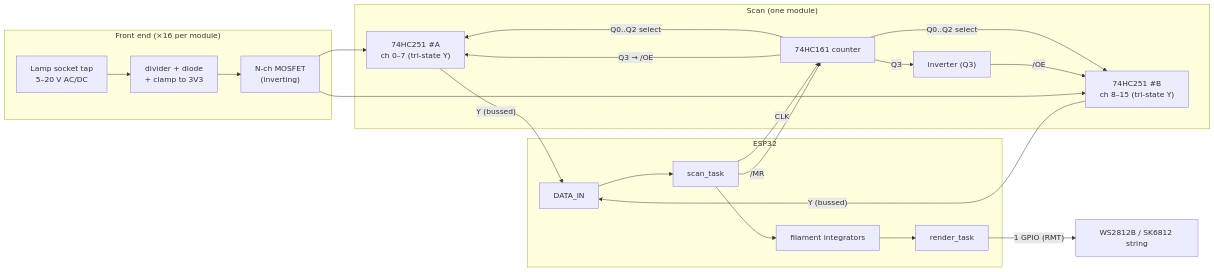
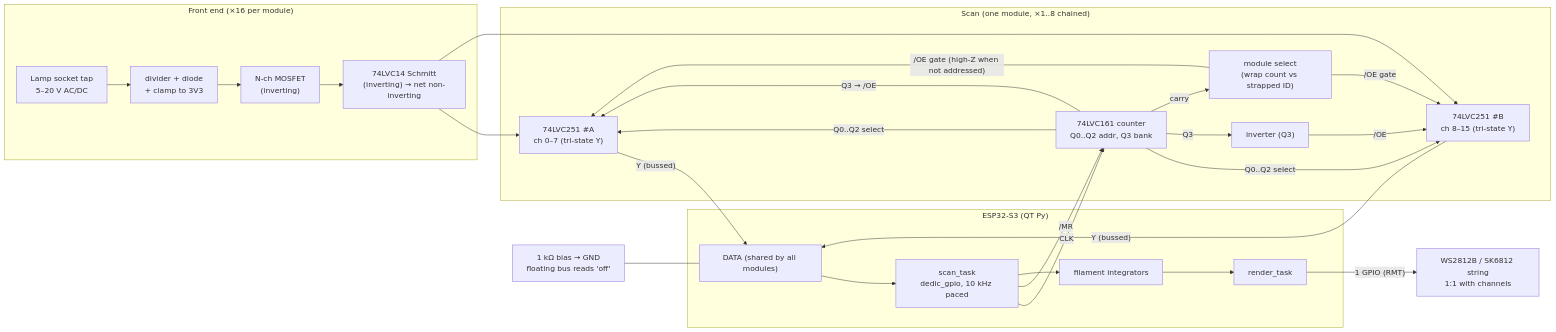
The diagram in docs/HARDWARE.md (jeffersonjhunt/pinled), drawn with Mermaid before and after one commit. The commit also changed other lines of this file and 7 other files, not shown here.

First line of the commit message:
plan chained-module architecture: timing budgets, S3 retarget, polarity flip

````diff
--- a/docs/HARDWARE.md
+++ b/docs/HARDWARE.md
@@ -9,33 +9,39 @@
 ```mermaid
 flowchart LR
     subgraph FE["Front end (×16 per module)"]
       TAP["Lamp socket tap<br/>5–20 V AC/DC"] --> DIV["divider + diode<br/>+ clamp to 3V3"]
       DIV --> FET["N-ch MOSFET<br/>(inverting)"]
+      FET --> ST["74LVC14 Schmitt<br/>(inverting) → net non-inverting"]
     end
 
-    subgraph MUX["Scan (one module)"]
-      A["74HC251 #A<br/>ch 0–7 (tri-state Y)"]
-      B["74HC251 #B<br/>ch 8–15 (tri-state Y)"]
-      C161["74HC161 counter"]
+    subgraph MUX["Scan (one module, ×1..8 chained)"]
+      A["74LVC251 #A<br/>ch 0–7 (tri-state Y)"]
+      B["74LVC251 #B<br/>ch 8–15 (tri-state Y)"]
+      C161["74LVC161 counter<br/>Q0..Q2 addr, Q3 bank"]
       INV["inverter (Q3)"]
+      SEL["module select<br/>(wrap count vs strapped ID)"]
       C161 -- "Q0..Q2 select" --> A
       C161 -- "Q0..Q2 select" --> B
       C161 -- "Q3 → /OE" --> A
       C161 -- "Q3" --> INV -- "/OE" --> B
+      C161 -- "carry" --> SEL
+      SEL -- "/OE gate (high-Z when not addressed)" --> A
+      SEL -- "/OE gate" --> B
     end
 
-    FET --> A
-    FET --> B
-    A -- "Y (bussed)" --> DATA["DATA_IN"]
+    ST --> A
+    ST --> B
+    A -- "Y (bussed)" --> DATA["DATA (shared by all modules)"]
     B -- "Y (bussed)" --> DATA
+    BIAS["1 kΩ bias → GND<br/>floating bus reads 'off'"] --- DATA
 
-    subgraph ESP["ESP32"]
-      SCAN["scan_task"] -- "CLK" --> C161
+    subgraph ESP["ESP32-S3 (QT Py)"]
+      SCAN["scan_task<br/>dedic_gpio, 10 kHz paced"] -- "CLK" --> C161
       SCAN -- "/MR" --> C161
       DATA --> SCAN
       SCAN --> FIL["filament integrators"]
       FIL --> REN["render_task"]
     end
 
-    REN -- "1 GPIO (RMT)" --> LED["WS2812B / SK6812 string"]
+    REN -- "1 GPIO (RMT)" --> LED["WS2812B / SK6812 string<br/>1:1 with channels"]
 ```
````
